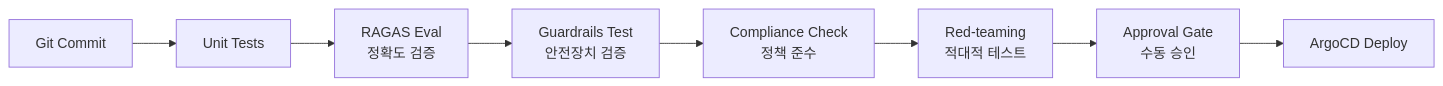
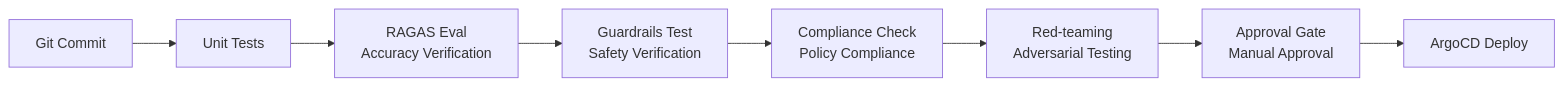
Before and after one commit to devfloor9/engineering-playbook: the third of 4 diagrams in docs/agentic-ai-platform/operations-mlops/governance/agentic-playbook.md, drawn with Mermaid. The commit also changed other lines of this file and 954 other files, not shown here.

````diff
--- a/docs/agentic-ai-platform/operations-mlops/governance/agentic-playbook.md
+++ b/docs/agentic-ai-platform/operations-mlops/governance/agentic-playbook.md
@@ -370,10 +370,10 @@
 ```mermaid
 graph LR
     Commit[Git Commit] --> UnitTest[Unit Tests]
-    UnitTest --> RAGAS[RAGAS Eval<br/>정확도 검증]
-    RAGAS --> GuardrailsTest[Guardrails Test<br/>안전장치 검증]
-    GuardrailsTest --> Compliance[Compliance Check<br/>정책 준수]
-    Compliance --> RedTeam[Red-teaming<br/>적대적 테스트]
-    RedTeam --> ApprovalGate[Approval Gate<br/>수동 승인]
+    UnitTest --> RAGAS[RAGAS Eval<br/>Accuracy Verification]
+    RAGAS --> GuardrailsTest[Guardrails Test<br/>Safety Verification]
+    GuardrailsTest --> Compliance[Compliance Check<br/>Policy Compliance]
+    Compliance --> RedTeam[Red-teaming<br/>Adversarial Testing]
+    RedTeam --> ApprovalGate[Approval Gate<br/>Manual Approval]
     ApprovalGate --> Deploy[ArgoCD Deploy]
 ```
````
